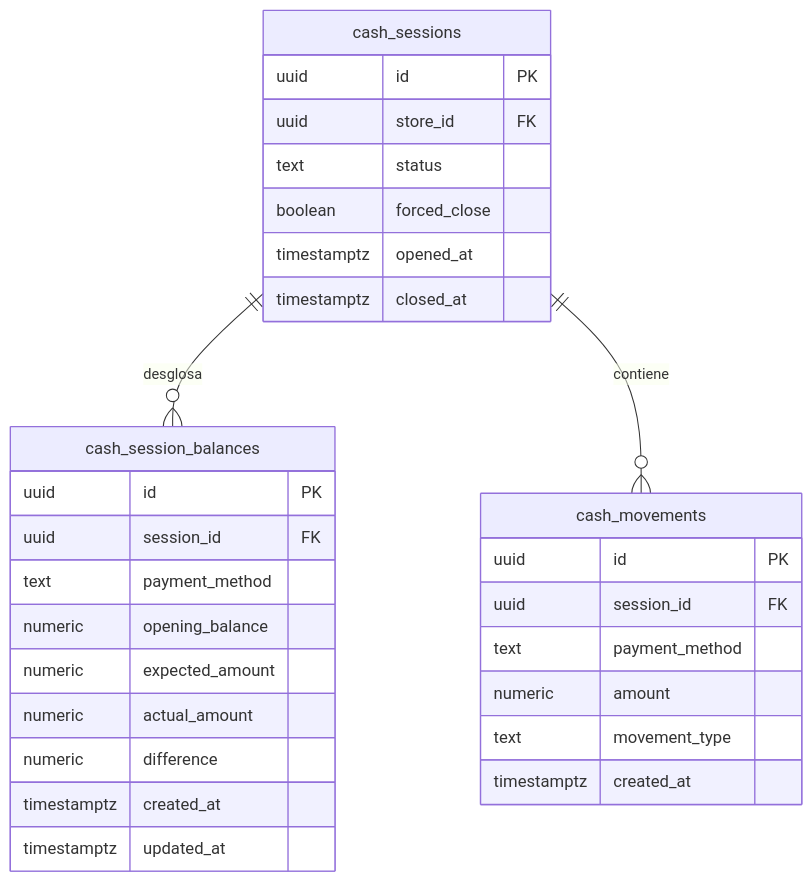
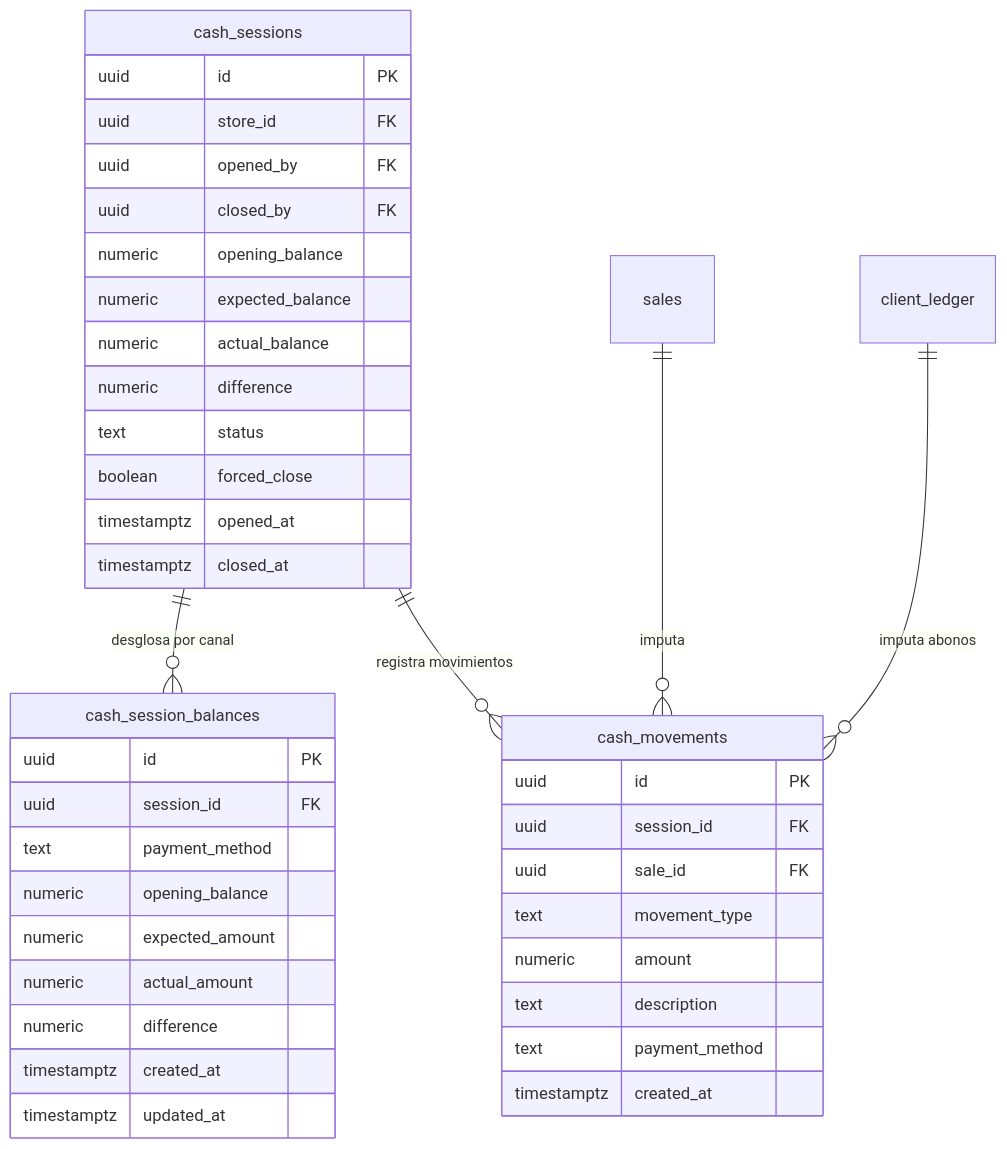
Before and after one commit to YamirJCF/tienda-barrio-pro: the fifth of 5 diagrams in documentation/01_requirements/SDD/SDD_020_CAJA_MULTICANAL.md, drawn with Mermaid. The commit also changed other lines of this file, not shown here.

````diff
--- a/documentation/01_requirements/SDD/SDD_020_CAJA_MULTICANAL.md
+++ b/documentation/01_requirements/SDD/SDD_020_CAJA_MULTICANAL.md
@@ -218,35 +352,45 @@
 ```mermaid
 erDiagram
-    cash_sessions ||--o{ cash_session_balances : "desglosa"
-    cash_sessions ||--o{ cash_movements : "contiene"
+    cash_sessions ||--o{ cash_session_balances : "desglosa por canal"
+    cash_sessions ||--o{ cash_movements : "registra movimientos"
+    sales ||--o{ cash_movements : "imputa"
+    client_ledger ||--o{ cash_movements : "imputa abonos"
 
     cash_sessions {
         uuid id PK
         uuid store_id FK
+        uuid opened_by FK
+        uuid closed_by FK
+        numeric opening_balance
+        numeric expected_balance
+        numeric actual_balance
+        numeric difference
         text status
         boolean forced_close
         timestamptz opened_at
         timestamptz closed_at
     }
 
     cash_session_balances {
         uuid id PK
         uuid session_id FK
         text payment_method
         numeric opening_balance
         numeric expected_amount
         numeric actual_amount
         numeric difference
         timestamptz created_at
         timestamptz updated_at
     }
 
     cash_movements {
         uuid id PK
         uuid session_id FK
+        uuid sale_id FK
+        text movement_type
+        numeric amount
+        text description
         text payment_method
-        numeric amount
-        text movement_type
         timestamptz created_at
     }
 ```
````
